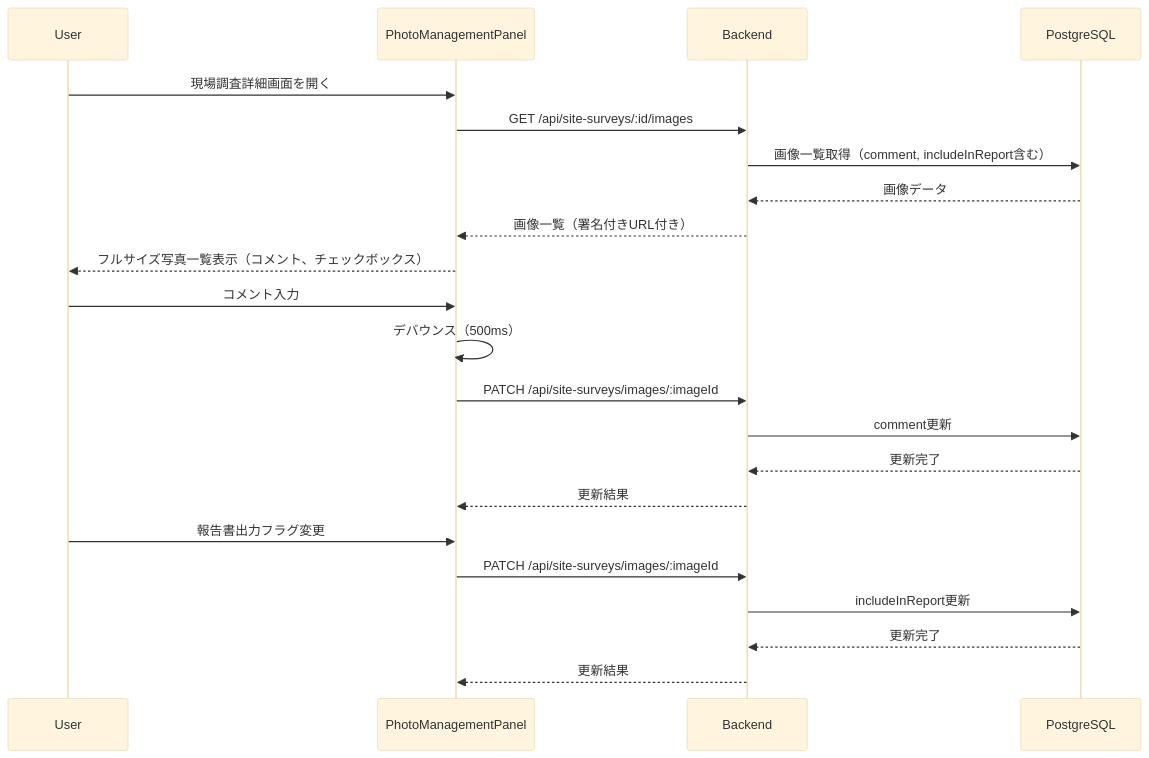
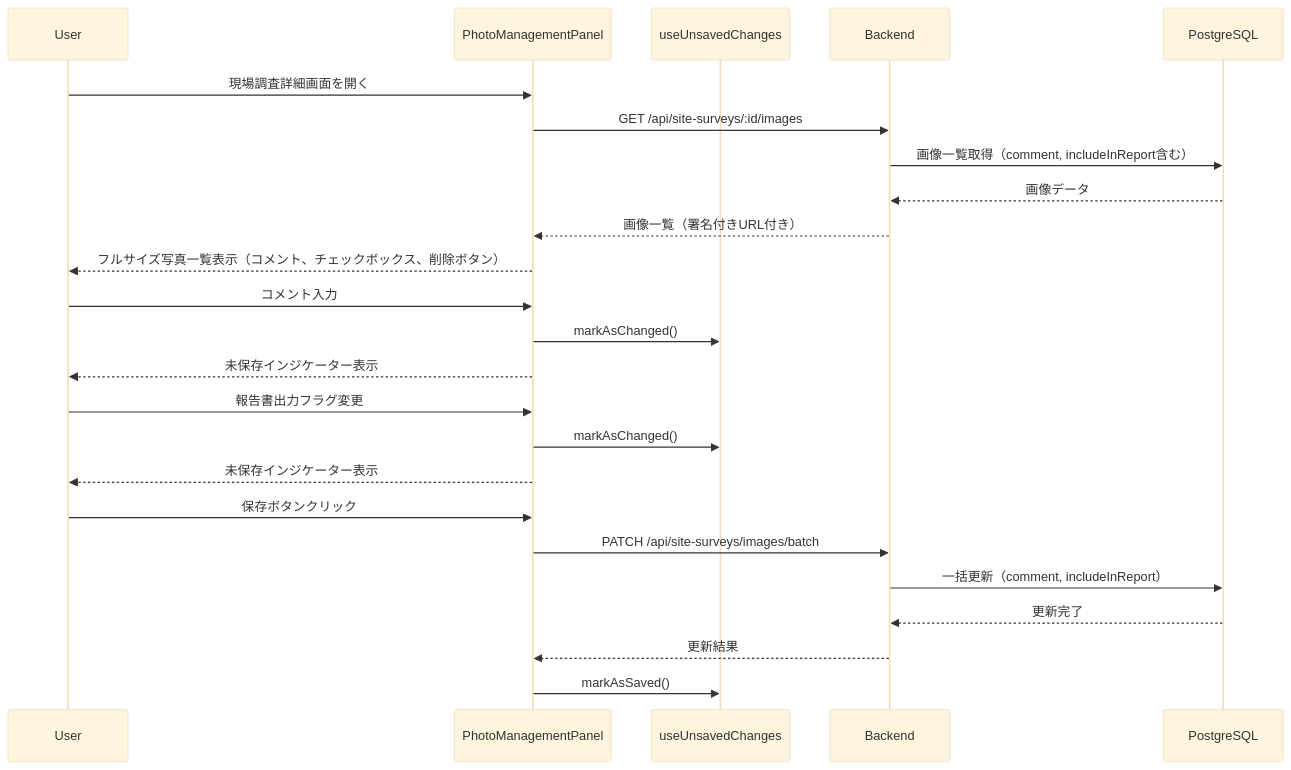
One commit to inakanou/ArchiTrack changed the fifth of 10 diagrams in .kiro/specs/site-survey/design.md. Above: the diagram before and after it, drawn with Mermaid (base theme). The commit also changed other lines of this file and 65 other files, not shown here.

````diff
--- a/.kiro/specs/site-survey/design.md
+++ b/.kiro/specs/site-survey/design.md
@@ -236,27 +256,30 @@
 ```mermaid
 sequenceDiagram
     participant User
     participant PhotoManagementPanel
+    participant useUnsavedChanges
     participant Backend
     participant PostgreSQL
 
     User->>PhotoManagementPanel: 現場調査詳細画面を開く
     PhotoManagementPanel->>Backend: GET /api/site-surveys/:id/images
     Backend->>PostgreSQL: 画像一覧取得（comment, includeInReport含む）
     PostgreSQL-->>Backend: 画像データ
     Backend-->>PhotoManagementPanel: 画像一覧（署名付きURL付き）
-    PhotoManagementPanel-->>User: フルサイズ写真一覧表示（コメント、チェックボックス）
+    PhotoManagementPanel-->>User: フルサイズ写真一覧表示（コメント、チェックボックス、削除ボタン）
 
     User->>PhotoManagementPanel: コメント入力
-    PhotoManagementPanel->>PhotoManagementPanel: デバウンス（500ms）
-    PhotoManagementPanel->>Backend: PATCH /api/site-surveys/images/:imageId
-    Backend->>PostgreSQL: comment更新
+    PhotoManagementPanel->>useUnsavedChanges: markAsChanged()
+    PhotoManagementPanel-->>User: 未保存インジケーター表示
+
+    User->>PhotoManagementPanel: 報告書出力フラグ変更
+    PhotoManagementPanel->>useUnsavedChanges: markAsChanged()
+    PhotoManagementPanel-->>User: 未保存インジケーター表示
+
+    User->>PhotoManagementPanel: 保存ボタンクリック
+    PhotoManagementPanel->>Backend: PATCH /api/site-surveys/images/batch
+    Backend->>PostgreSQL: 一括更新（comment, includeInReport）
     PostgreSQL-->>Backend: 更新完了
     Backend-->>PhotoManagementPanel: 更新結果
-
-    User->>PhotoManagementPanel: 報告書出力フラグ変更
-    PhotoManagementPanel->>Backend: PATCH /api/site-surveys/images/:imageId
-    Backend->>PostgreSQL: includeInReport更新
-    PostgreSQL-->>Backend: 更新完了
-    Backend-->>PhotoManagementPanel: 更新結果
+    PhotoManagementPanel->>useUnsavedChanges: markAsSaved()
 ```
````
